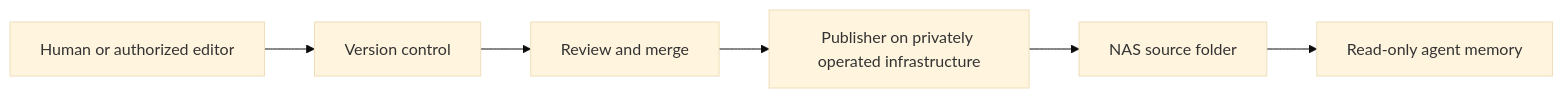
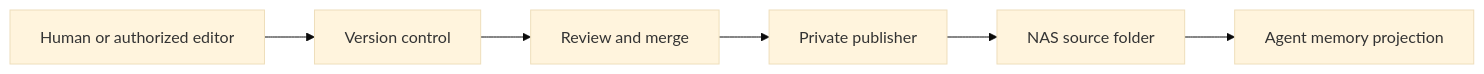
Before and after one commit to starodubtsevconsulting/ai-fleas: the third of 4 diagrams in notes/articles/2026-09-19-a-folder-is-not-a-permission-boundary.md, drawn with Mermaid (base theme). The commit also changed other lines of this file and 9 other files, not shown here.

Commit message:
Revise NAS agent memory article draft

````diff
--- a/notes/articles/2026-09-19-a-folder-is-not-a-permission-boundary.md
+++ b/notes/articles/2026-09-19-a-folder-is-not-a-permission-boundary.md
@@ -75,8 +93,8 @@
 ```mermaid
 flowchart LR
     E[Human or authorized editor] --> G[Version control]
     G --> R[Review and merge]
-    R --> U[Publisher on privately operated infrastructure]
+    R --> U[Private publisher]
     U --> N[NAS source folder]
-    N --> M[Read-only agent memory]
+    N --> M[Agent memory projection]
 ```
````
